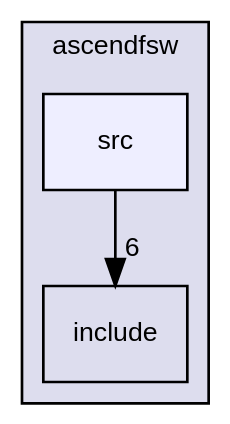
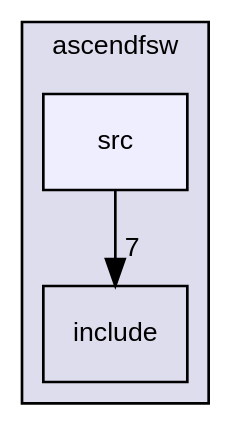
Before and after one commit to ASU-ASCEND/Fall-2024: the diagram in docs/dir_d7d498d630d77a78877888d5961eb9e9_dep.dot, drawn with Graphviz. The commit also changed 56 other files, not shown here.

```diff
--- a/docs/dir_d7d498d630d77a78877888d5961eb9e9_dep.dot
+++ b/docs/dir_d7d498d630d77a78877888d5961eb9e9_dep.dot
@@ -1,12 +1,12 @@
 digraph "/home/runner/work/Fall-2024/Fall-2024/ascendfsw/src" {
   bgcolor=transparent;
   compound=true
   node [ fontsize="10", fontname="Helvetica"];
   edge [ labelfontsize="10", labelfontname="Helvetica"];
   subgraph clusterdir_ff455c5362987bedc71331f2f73f324a {
     graph [ bgcolor="#ddddee", pencolor="black", label="ascendfsw" fontname="Helvetica", fontsize="10", URL="dir_ff455c5362987bedc71331f2f73f324a.html"]
   dir_598cc9471c9d54adc06440bf1ece3782 [shape=box label="include" URL="dir_598cc9471c9d54adc06440bf1ece3782.html"];
   dir_d7d498d630d77a78877888d5961eb9e9 [shape=box, label="src", style="filled", fillcolor="#eeeeff", pencolor="black", URL="dir_d7d498d630d77a78877888d5961eb9e9.html"];
   }
-  dir_d7d498d630d77a78877888d5961eb9e9->dir_598cc9471c9d54adc06440bf1ece3782 [headlabel="6", labeldistance=1.5 headhref="dir_000002_000001.html"];
+  dir_d7d498d630d77a78877888d5961eb9e9->dir_598cc9471c9d54adc06440bf1ece3782 [headlabel="7", labeldistance=1.5 headhref="dir_000002_000001.html"];
 }
```
